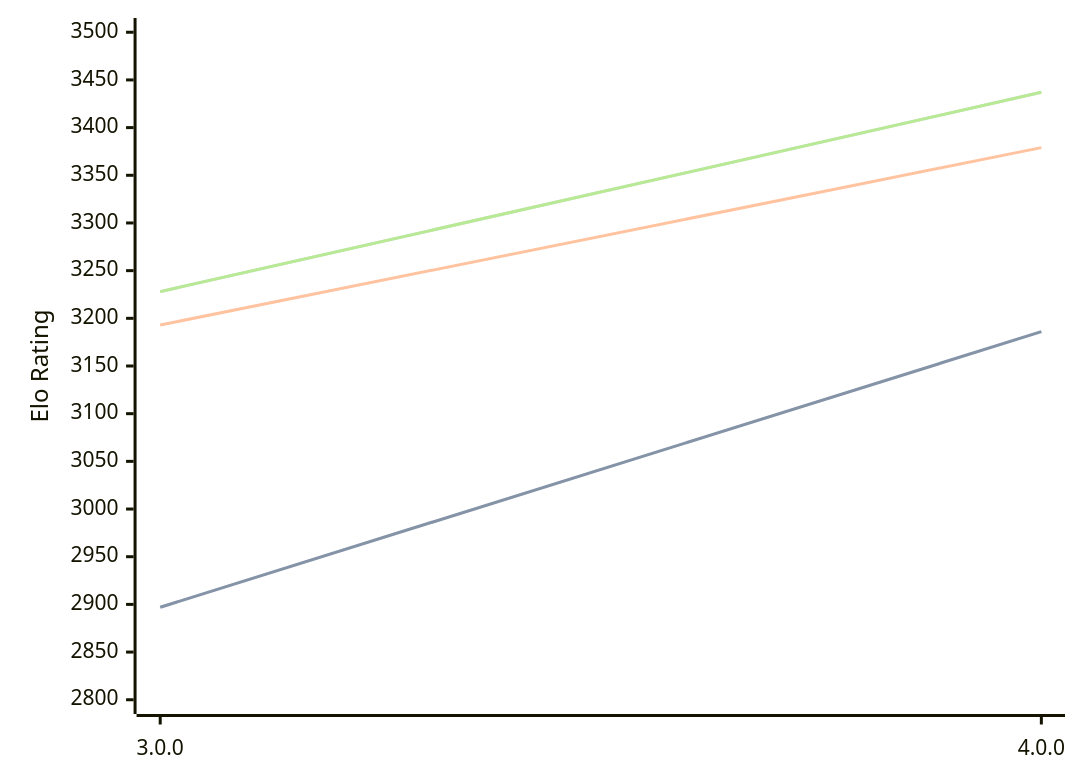
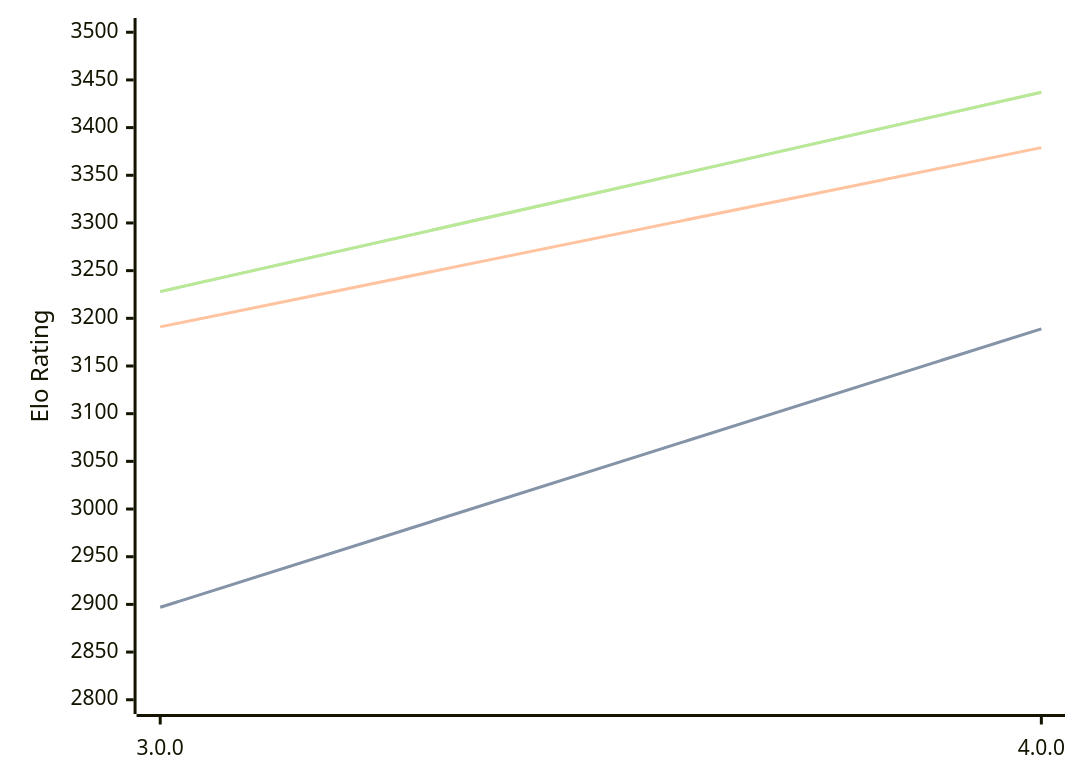
One commit to computer-chess-index/cci changed the diagram in engines/Avalanche.md. Above: the diagram before and after it, drawn with Mermaid. The commit also changed other lines of this file, not shown here.

````diff
--- a/engines/Avalanche.md
+++ b/engines/Avalanche.md
@@ -32,11 +32,11 @@
 ```mermaid
 %%{init: {"theme":"base","themeVariables":{"seriesColors:['#a3a3a3','#222221','#faa371']}}}%%
 xychart-beta
   x-axis ["3.0.0", "4.0.0"]
   y-axis "Elo Rating" 2800 --> 3500
-  line "" [2897, 3186]
-  line "STC (8.0+0.08s)" [2897, 3186]
-  line "LTC (60.0+0.60s)" [3193, 3379]
+  line "" [2897, 3189]
+  line "STC (8.0+0.08s)" [2897, 3189]
+  line "LTC (60.0+0.60s)" [3191, 3379]
   line "" [3228, 3437]
   line "VLTC (2m24s+1.12s)" [3228, 3437]
 ```
````
